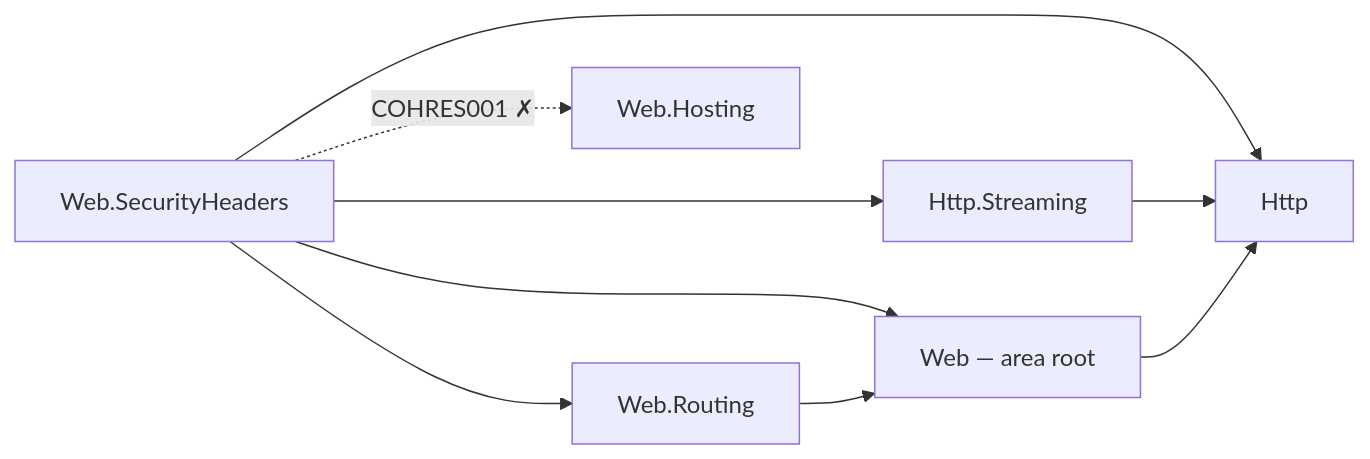
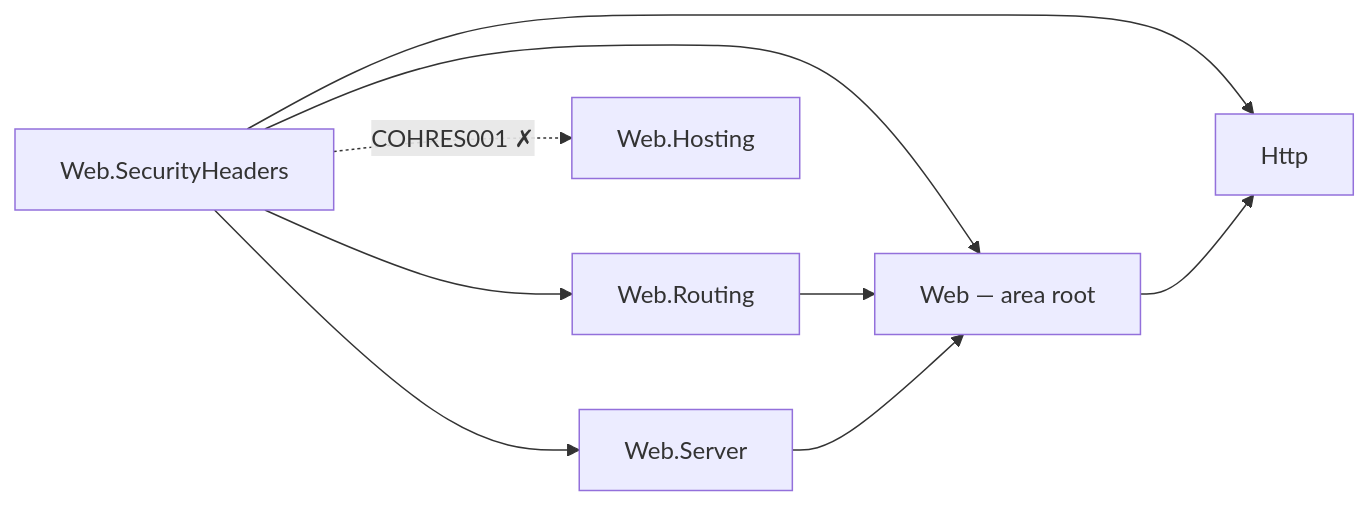
The second of 2 diagrams in resources/Web/Assimalign.Cohesion.Web.SecurityHeaders/docs/DESIGN.md (assimalign/cohesion), drawn with Mermaid before and after one commit. The commit also changed other lines of this file and 32 other files, not shown here.

````diff
--- a/resources/Web/Assimalign.Cohesion.Web.SecurityHeaders/docs/DESIGN.md
+++ b/resources/Web/Assimalign.Cohesion.Web.SecurityHeaders/docs/DESIGN.md
@@ -263,11 +255,11 @@
 ```mermaid
 flowchart LR
     SecurityHeaders["Web.SecurityHeaders"] --> Web["Web — area root"]
     SecurityHeaders --> Routing["Web.Routing"]
     SecurityHeaders --> Http["Http"]
-    SecurityHeaders --> Streaming["Http.Streaming"]
+    SecurityHeaders --> Server["Web.Server"]
     Routing --> Web
-    Streaming --> Http
+    Server --> Web
     Web --> Http
     SecurityHeaders -.->|"COHRES001 ✗"| Hosting["Web.Hosting"]
 ```
````
